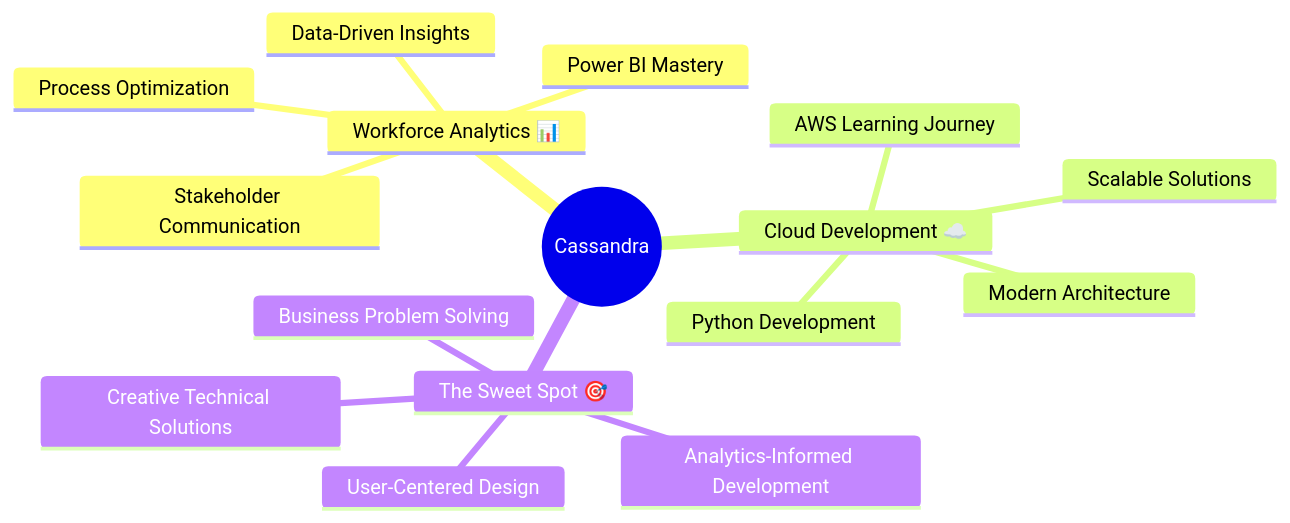
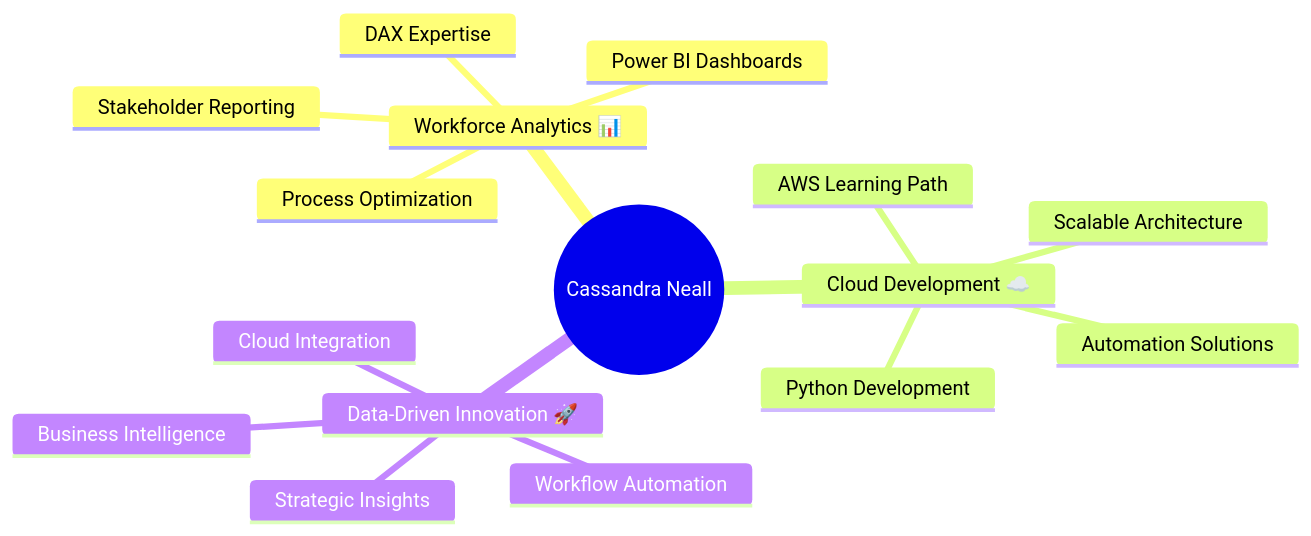
Before and after one commit to neallcassandra/neallcassandra: the diagram in README.md, drawn with Mermaid. The commit also changed other lines of this file, not shown here.

````diff
--- a/README.md
+++ b/README.md
@@ -88,19 +66,19 @@
 ```mermaid
 mindmap
-  root((Cassandra))
+  root((Cassandra Neall))
     Workforce Analytics 📊
-      Power BI Mastery
-      Process Optimization  
-      Stakeholder Communication
-      Data-Driven Insights
+      Power BI Dashboards
+      DAX Expertise
+      Process Optimization
+      Stakeholder Reporting
     Cloud Development ☁️
-      AWS Learning Journey
+      AWS Learning Path
       Python Development
-      Scalable Solutions
-      Modern Architecture
-    The Sweet Spot 🎯
-      Analytics-Informed Development
-      Business Problem Solving
-      Creative Technical Solutions
-      User-Centered Design
+      Automation Solutions
+      Scalable Architecture
+    Data-Driven Innovation 🚀
+      Business Intelligence
+      Cloud Integration
+      Workflow Automation
+      Strategic Insights
 ```
````
